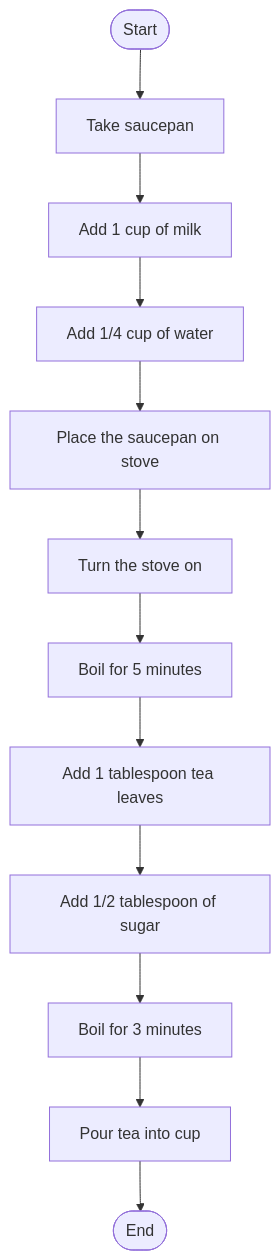
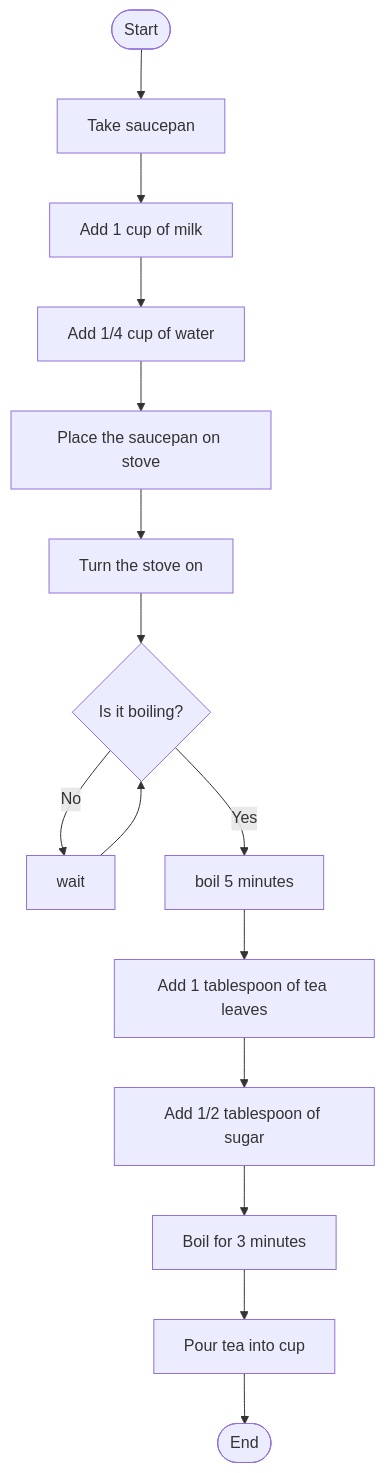
The diagram in day01-computational-thinking/practice.md (amar-codes25/Software-development-learning), drawn with Mermaid before and after one commit.

Commit message:
improved practice.md

````diff
--- a/day01-computational-thinking/practice.md
+++ b/day01-computational-thinking/practice.md
@@ -41,14 +41,17 @@
 ```mermaid
 flowchart TD
     A([Start]) --> B[Take saucepan]
     B --> C[Add 1 cup of milk]
     C --> D[Add 1/4 cup of water]
     D --> E[Place the saucepan on stove]
     E --> F[Turn the stove on]
-    F --> G[Boil for 5 minutes]
-    G --> H[Add 1 tablespoon tea leaves]
+    F --> G2{Is it boiling?}
+    G2 --> |No| W[wait]
+    W --> G2
+    G2 --> |Yes| G[boil 5 minutes]
+    G --> H[Add 1 tablespoon of tea leaves]
     H --> I[Add 1/2 tablespoon of sugar]
     I --> J[Boil for 3 minutes]
     J --> K[Pour tea into cup]
     K --> L([End])
 ```
````
